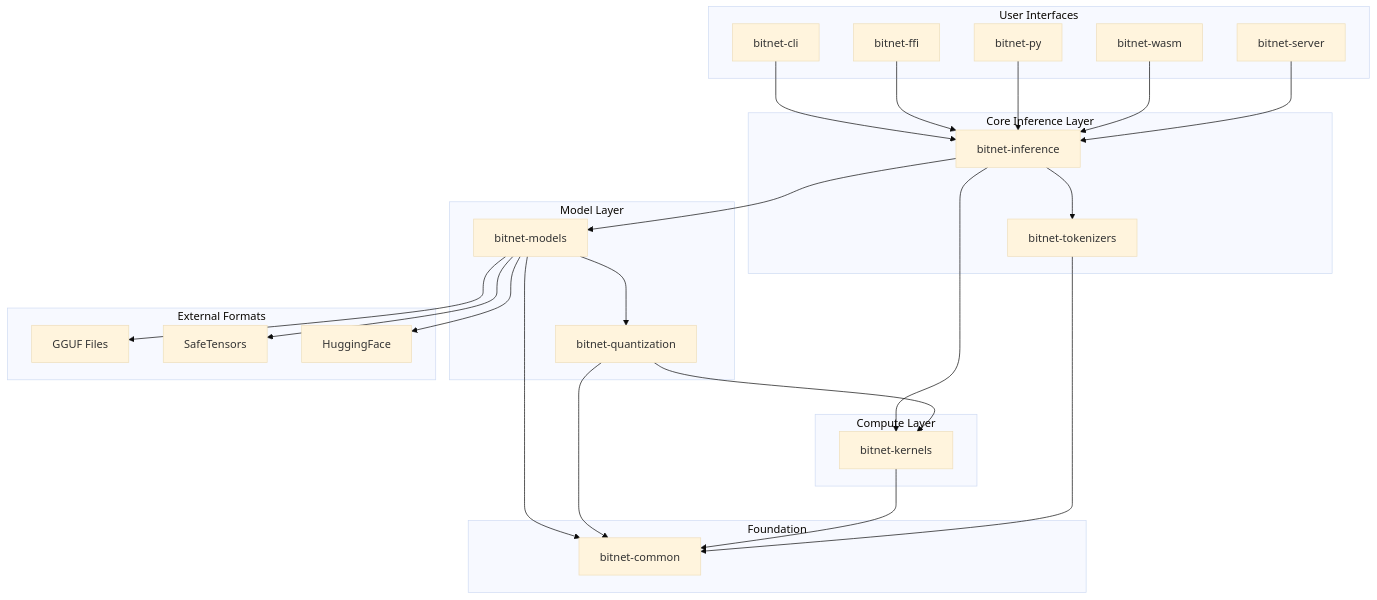
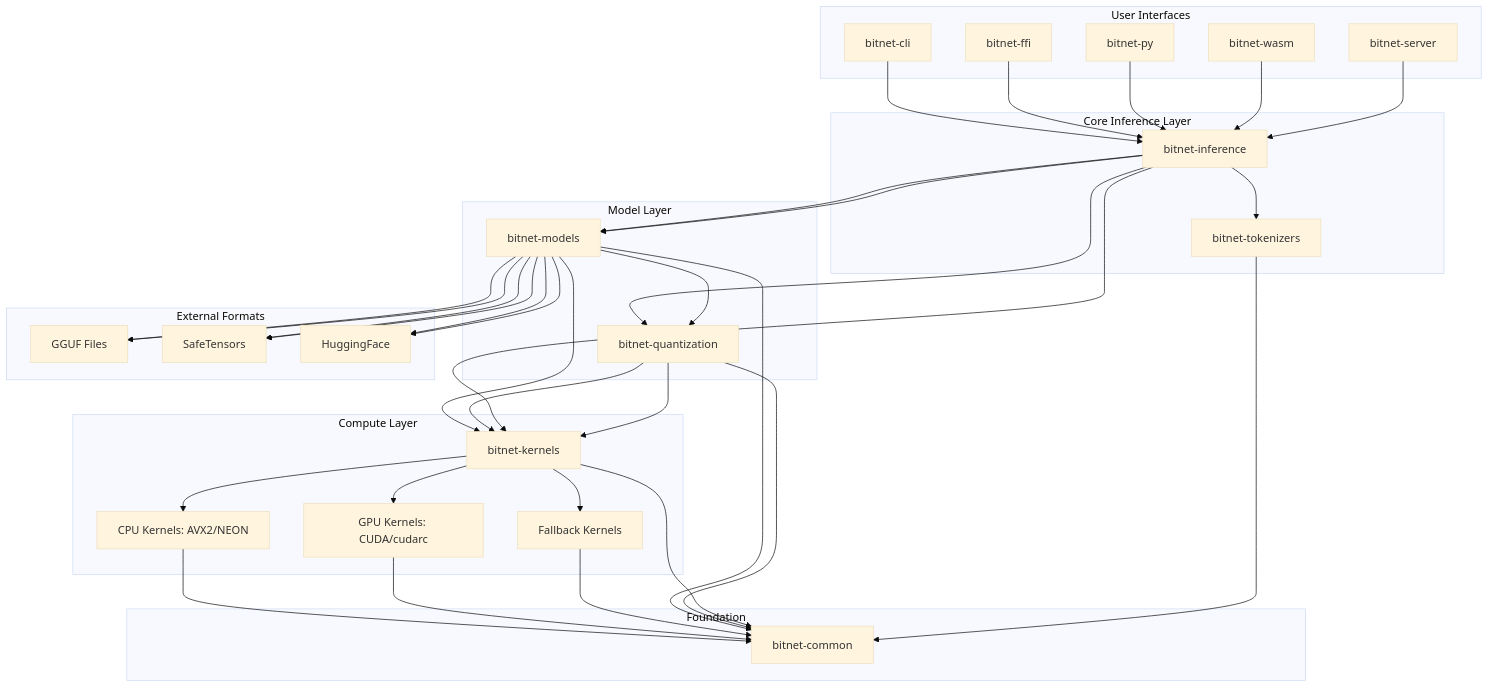
The diagram in .kiro/specs/bitnet-rust-migration/design.md (EffortlessMetrics/BitNet-rs), drawn with Mermaid (base theme) before and after one commit. The commit also changed other lines of this file and 1 other file, not shown here.

````diff
--- a/.kiro/specs/bitnet-rust-migration/design.md
+++ b/.kiro/specs/bitnet-rust-migration/design.md
@@ -13,58 +13,78 @@
 ```mermaid
 graph TB
     subgraph "User Interfaces"
         CLI[bitnet-cli]
         CAPI[bitnet-ffi]
         PyAPI[bitnet-py]
         WASM[bitnet-wasm]
         Server[bitnet-server]
     end
     
     subgraph "Core Inference Layer"
         IE[bitnet-inference]
         TOK[bitnet-tokenizers]
     end
     
     subgraph "Model Layer"
         MOD[bitnet-models]
         QUANT[bitnet-quantization]
     end
     
     subgraph "Compute Layer"
         KERN[bitnet-kernels]
+        CPU[CPU Kernels: AVX2/NEON]
+        GPU[GPU Kernels: CUDA/cudarc]
+        FALL[Fallback Kernels]
     end
     
     subgraph "Foundation"
         COMMON[bitnet-common]
     end
     
     subgraph "External Formats"
         GGUF[GGUF Files]
         ST[SafeTensors]
         HF[HuggingFace]
     end
     
     CLI --> IE
     CAPI --> IE
     PyAPI --> IE
     WASM --> IE
+    
+    IE --> MOD
+    IE --> QUANT
+    MOD --> KERN
+    QUANT --> KERN
+    
+    KERN --> CPU
+    KERN --> GPU
+    KERN --> FALL
+    
+    MOD --> GGUF
+    MOD --> ST
+    MOD --> HF
+    
+    CPU --> COMMON
+    GPU --> COMMON
+    FALL --> COMMON
     Server --> IE
     
     IE --> MOD
     IE --> TOK
     IE --> KERN
     
     MOD --> QUANT
     MOD --> COMMON
     
     QUANT --> KERN
     QUANT --> COMMON
     
     KERN --> COMMON
     
     TOK --> COMMON
     
     MOD --> GGUF
     MOD --> ST
     MOD --> HF
 ```
````
